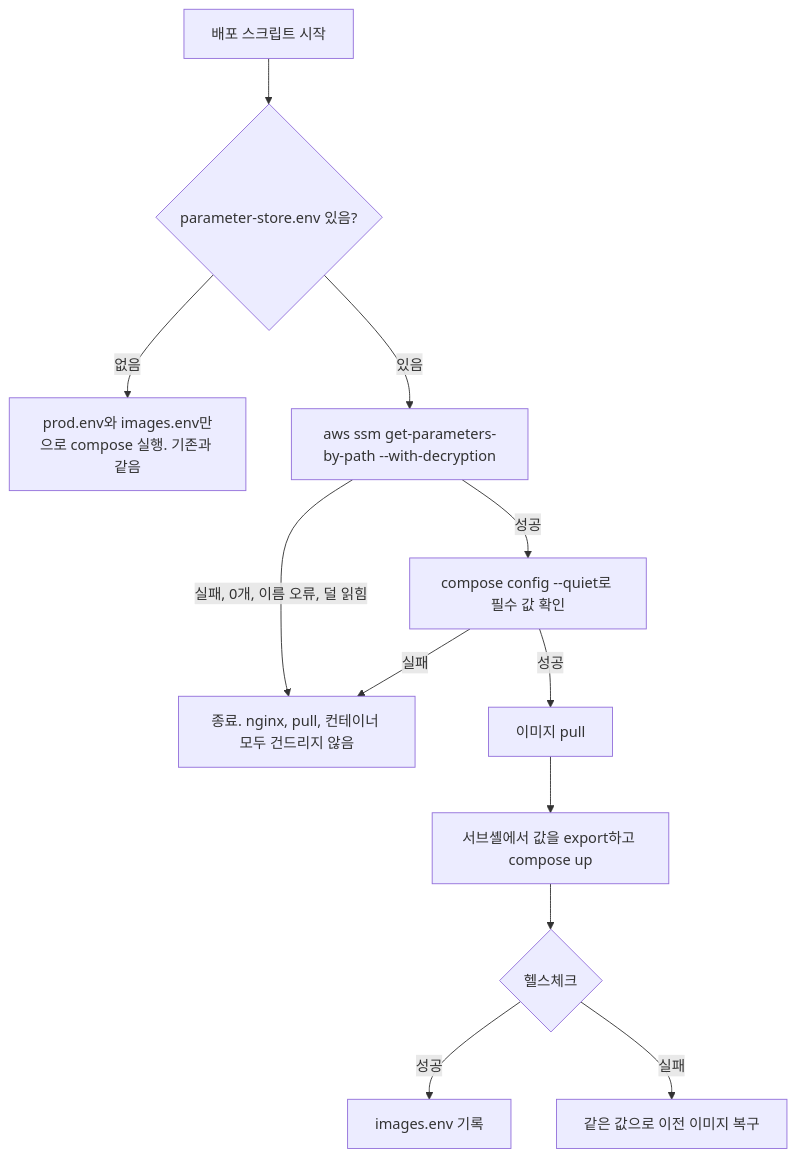
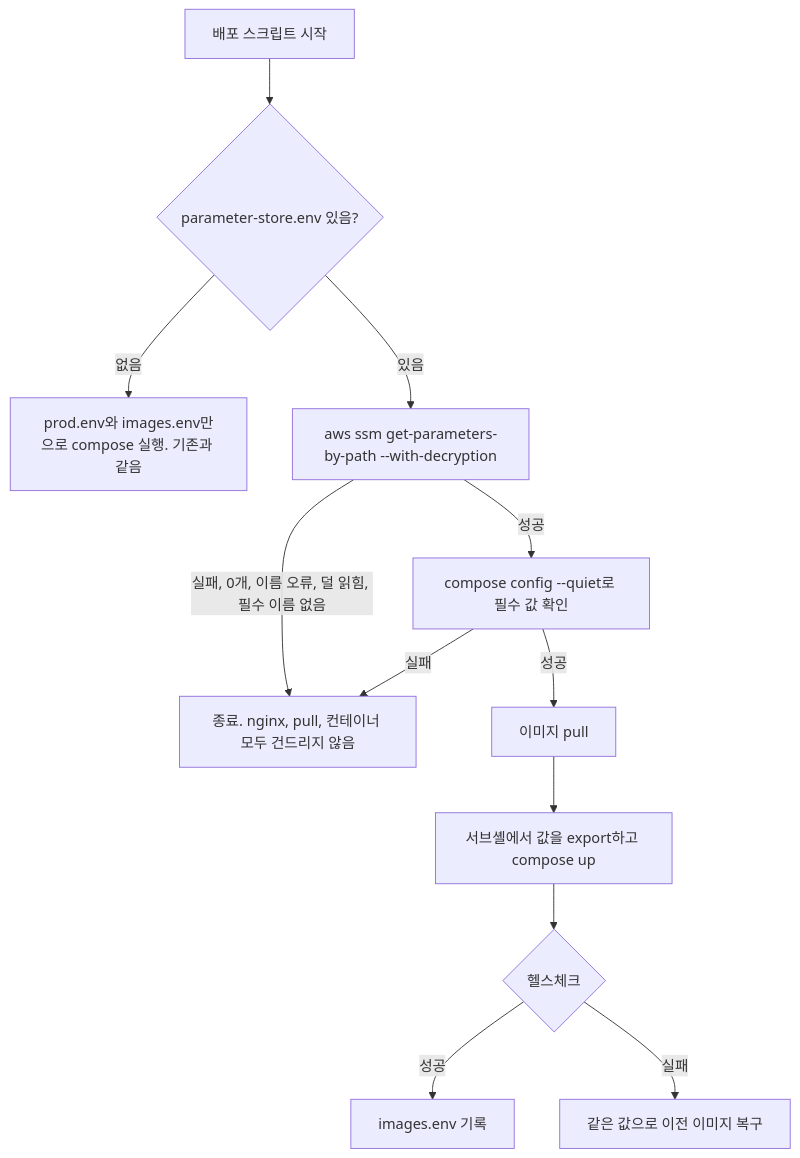
The diagram in docs/conception/036_secrets_parameter_store/02_parameter-store.md (devikae/snowthing), drawn with Mermaid before and after one commit. The commit also changed other lines of this file and 3 other files, not shown here.

````diff
--- a/docs/conception/036_secrets_parameter_store/02_parameter-store.md
+++ b/docs/conception/036_secrets_parameter_store/02_parameter-store.md
@@ -61,14 +65,14 @@
 ```mermaid
 flowchart TD
     A[배포 스크립트 시작] --> B{parameter-store.env 있음?}
     B -- 없음 --> C[prod.env와 images.env만으로 compose 실행. 기존과 같음]
     B -- 있음 --> D[aws ssm get-parameters-by-path --with-decryption]
-    D -- 실패, 0개, 이름 오류, 덜 읽힘 --> E[종료. nginx, pull, 컨테이너 모두 건드리지 않음]
+    D -- 실패, 0개, 이름 오류, 덜 읽힘, 필수 이름 없음 --> E[종료. nginx, pull, 컨테이너 모두 건드리지 않음]
     D -- 성공 --> F[compose config --quiet로 필수 값 확인]
     F -- 실패 --> E
     F -- 성공 --> G[이미지 pull]
     G --> H[서브셸에서 값을 export하고 compose up]
     H --> I{헬스체크}
     I -- 성공 --> J[images.env 기록]
     I -- 실패 --> K[같은 값으로 이전 이미지 복구]
 ```
````
